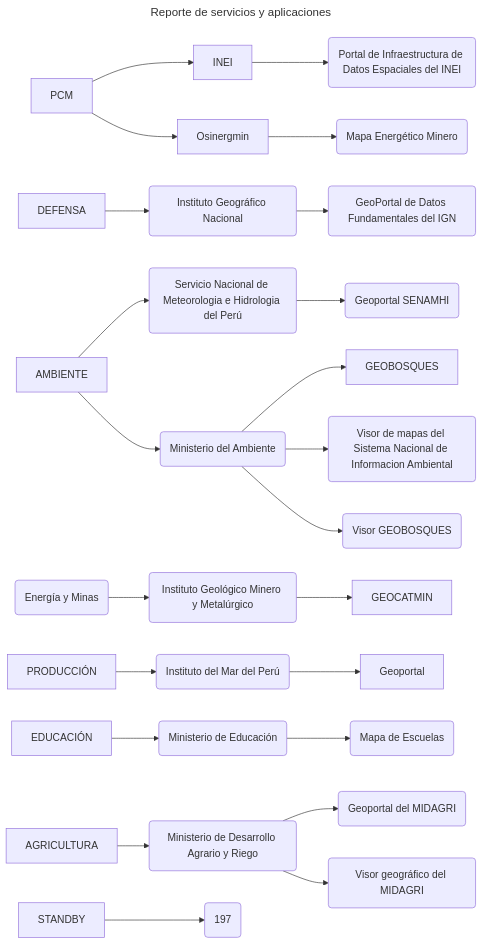
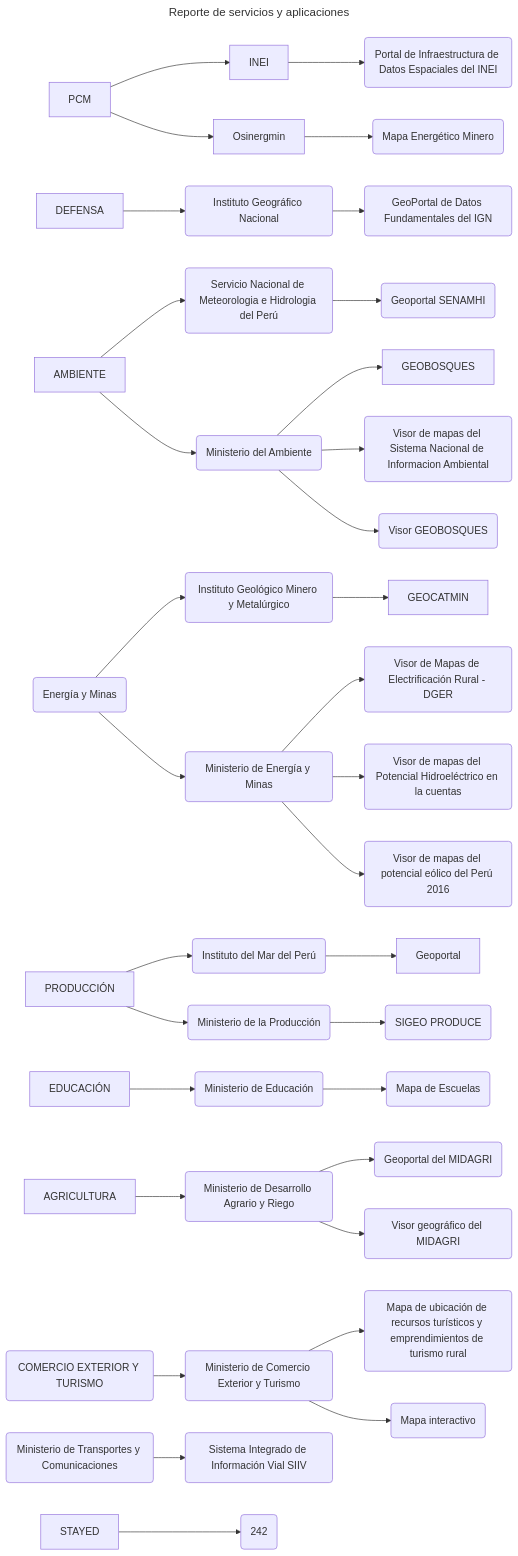
The diagram in Readme.md (ccalobeto/gov-servers), drawn with Mermaid before and after one commit.

````diff
--- a/Readme.md
+++ b/Readme.md
@@ -3,42 +3,60 @@
 ```mermaid
 ---
 title: Reporte de servicios y aplicaciones
 ---
 flowchart LR
 PCM-->INEI
 INEI-->C(Portal de Infraestructura de Datos Espaciales del INEI)
 PCM-->Osinergmin
 Osinergmin-->D(Mapa Energético Minero)
 DEFENSA-->E(Instituto Geográfico Nacional)
 E-->F(GeoPortal de Datos Fundamentales del IGN)
 AMBIENTE-->G(Servicio Nacional de Meteorologia e Hidrologia del Perú)
 G-->H(Geoportal SENAMHI)
 I(Energía y Minas)-->J(Instituto Geológico Minero y Metalúrgico)
 J-->GEOCATMIN
 PRODUCCIÓN-->K(Instituto del Mar del Perú)
 K-->Geoportal
 AMBIENTE-->L(Ministerio del Ambiente)
 L-->GEOBOSQUES
 L-->M(Visor de mapas del Sistema Nacional de Informacion Ambiental)
 L-->N(Visor GEOBOSQUES)
 EDUCACIÓN-->O(Ministerio de Educación)
 O-->P(Mapa de Escuelas)
 AGRICULTURA-->Q(Ministerio de Desarrollo Agrario y Riego)
 Q-->R(Geoportal del MIDAGRI)
 Q-->S(Visor geográfico del MIDAGRI)
-STANDBY-->AA(197)
+I-->W(Ministerio de Energía y Minas)
+W-->T(Visor de Mapas de Electrificación Rural - DGER)
+W-->U(Visor de mapas del Potencial Hidroeléctrico en la cuentas)
+W-->V(Visor de mapas del potencial eólico del Perú 2016)
+AA(COMERCIO EXTERIOR Y TURISMO)-->AB(Ministerio de Comercio Exterior y Turismo)
+AB-->AC(Mapa de ubicación de recursos turísticos y emprendimientos de turismo rural)
+AB-->AD(Mapa interactivo)
+PRODUCCIÓN-->AE(Ministerio de la Producción)
+AE-->AF(SIGEO PRODUCE)
+AG(Ministerio de Transportes y Comunicaciones)-->AH(Sistema Integrado de Información Vial SIIV)
+STAYED-->ZZ(242)
 
 click C "https://ide.inei.gob.pe/"
 click D "http://gisem.osinergmin.gob.pe/menergetico/"
 click F "https://www.idep.gob.pe/"
 click H "http://idesep.senamhi.gob.pe/geovisoridesep"
 click GEOCATMIN "https://geocatmin.ingemmet.gob.pe/geocatmin/main"
 click Geoportal "https://satelite.imarpe.gob.pe/#/"
 click GEOBOSQUES "http://geobosques.minam.gob.pe/geobosque/view/index.php"
 click M "https://sinia.minam.gob.pe/indicadores-estadisticas"
 click N "http://geobosques.minam.gob.pe/geobosque/visor/"
 click P "http://sigmed.minedu.gob.pe/mapaeducativo/"
 click R "https://geo.midagri.gob.pe/"
 click S "https://geovisor.midagri.gob.pe/"
+click T "https://mapas.minem.gob.pe/map_dger/"
+click U "https://mapas.minem.gob.pe/map_hidroelectrico/"
+click V "http://mapas.minem.gob.pe/map_eolico/"
+click AC "https://sigmincetur.mincetur.gob.pe/turismo/"
+click AD "https://www.mincetur.gob.pe/centro_de_Informacion/mapa_interactivo/"
+click AF "http://sigeo.produce.gob.pe/appgis/"
+click AH "http://sijv.mtc.gob.pe/"
+
 
 ```
````
